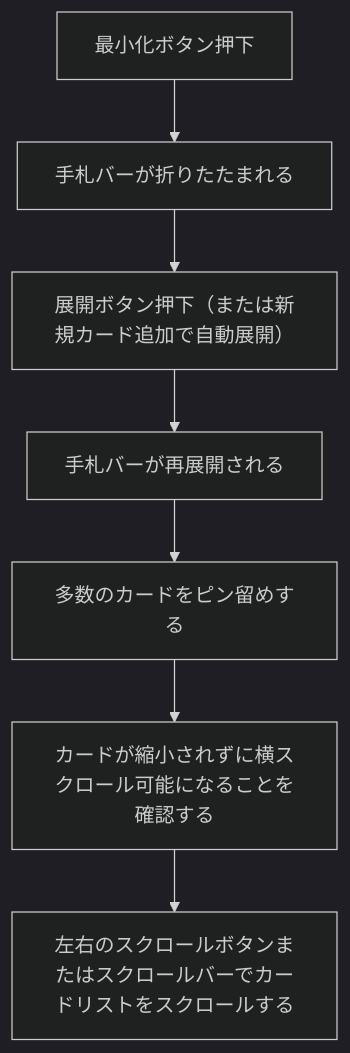
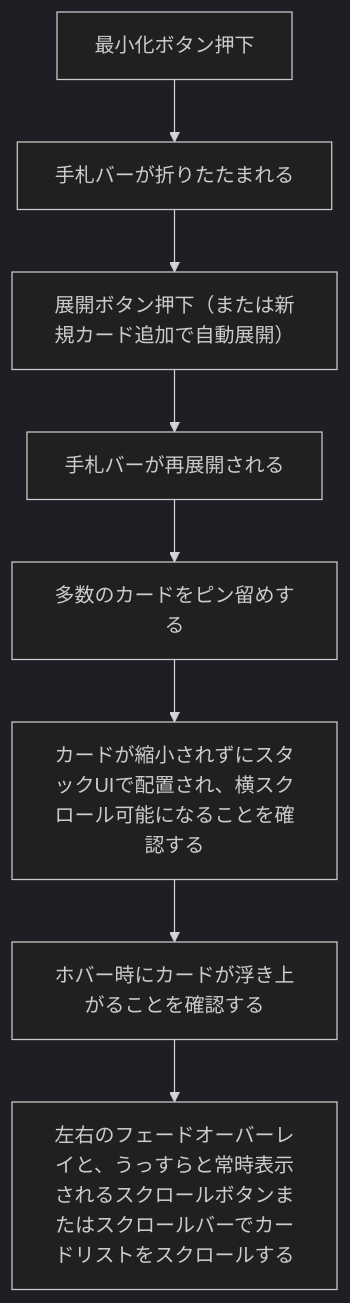
One commit to tmaeda11235/style-atelier changed diagram 23 of 36 in memory-bank/userJourneys.md. Above: the diagram before and after it, drawn with Mermaid (dark theme). The commit also changed other lines of this file and 7 other files, not shown here.

````diff
--- a/memory-bank/userJourneys.md
+++ b/memory-bank/userJourneys.md
@@ -397,16 +397,18 @@
 ```mermaid
 flowchart TD
   S1["最小化ボタン押下"]
   S2["手札バーが折りたたまれる"]
   S1 --> S2
   S3["展開ボタン押下（または新規カード追加で自動展開）"]
   S2 --> S3
   S4["手札バーが再展開される"]
   S3 --> S4
   S5["多数のカードをピン留めする"]
   S4 --> S5
-  S6["カードが縮小されずに横スクロール可能になることを確認する"]
+  S6["カードが縮小されずにスタックUIで配置され、横スクロール可能になることを確認する"]
   S5 --> S6
-  S7["左右のスクロールボタンまたはスクロールバーでカードリストをスクロールする"]
+  S7["ホバー時にカードが浮き上がることを確認する"]
   S6 --> S7
+  S8["左右のフェードオーバーレイと、うっすらと常時表示されるスクロールボタンまたはスクロールバーでカードリストをスクロールする"]
+  S7 --> S8
 ```
````
